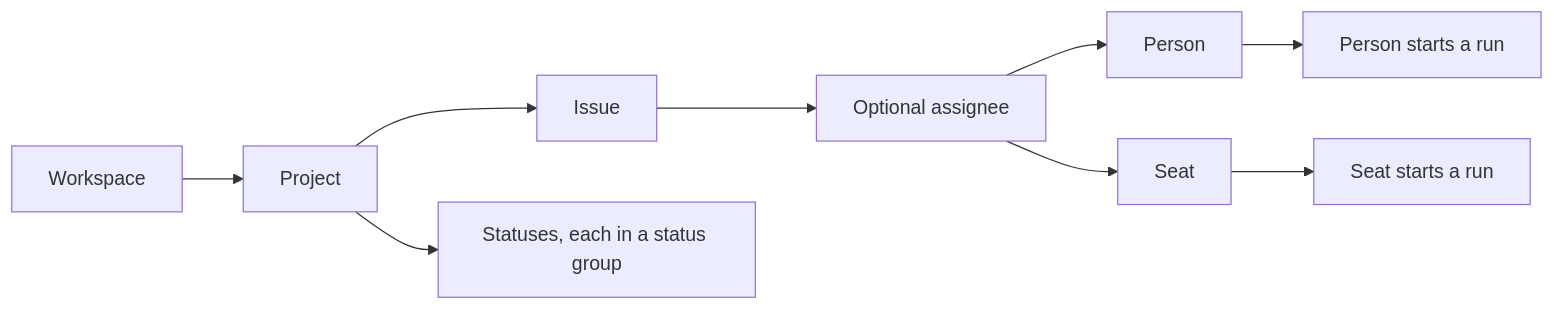
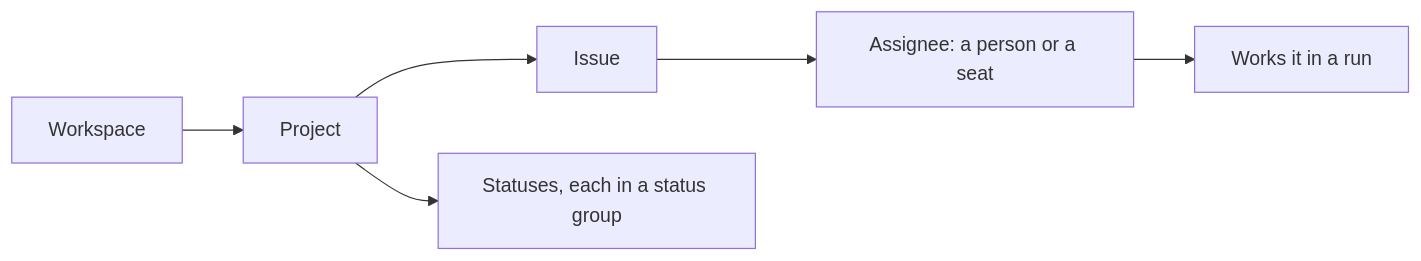
The diagram in content/docs/concepts.md (Art-of-Technology/collab), drawn with Mermaid before and after one commit.

Commit message:
docs: the Concepts diagram in two boxes instead of five
Review of PR #692, second round. Same statement, readable.

````diff
--- a/content/docs/concepts.md
+++ b/content/docs/concepts.md
@@ -7,11 +7,8 @@
 ```mermaid
 flowchart LR
   W[Workspace] --> P[Project]
   P --> I[Issue]
   P --> S[Statuses, each in a status group]
-  I --> A[Optional assignee]
-  A --> H[Person]
-  A --> T[Seat]
-  H --> R[Person starts a run]
-  T --> U[Seat starts a run]
+  I --> A[Assignee: a person or a seat]
+  A --> R[Works it in a run]
 ```
````
